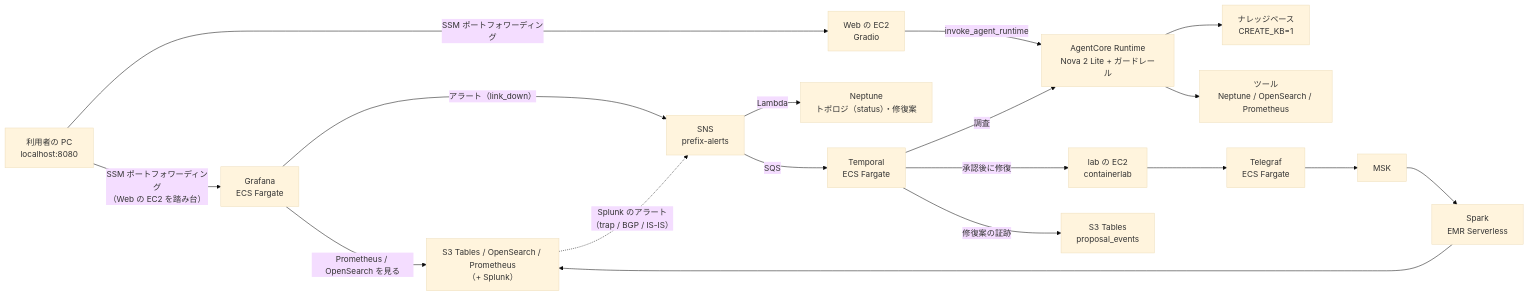
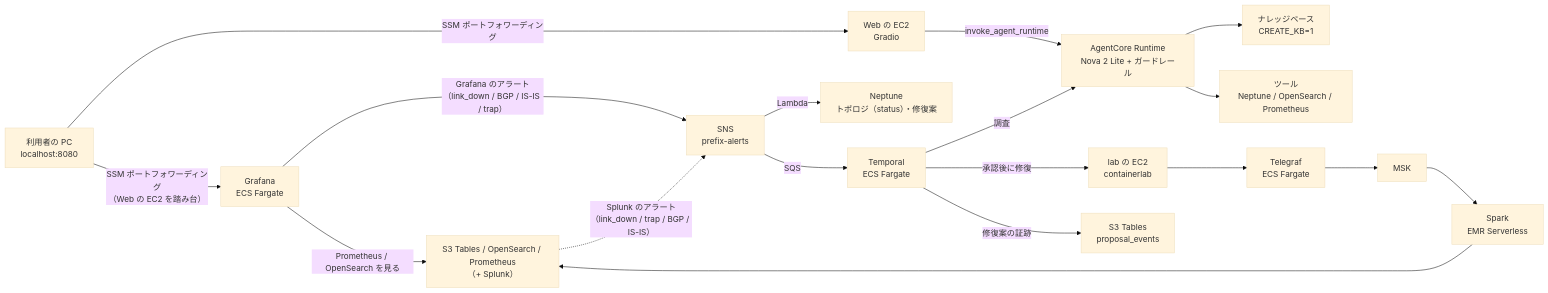
The diagram in README.md (eddie-eights/nwc-poc), drawn with Mermaid (base theme) before and after one commit. The commit also changed other lines of this file and 5 other files, not shown here.

First line of the commit message:
docs: README / deploy.md / setup.md を STORES の既定（s3,grafana,splunk）と *_AZ_NUM、いまの費用の目安に合わせる

````diff
--- a/README.md
+++ b/README.md
@@ -8,17 +8,17 @@
 ```mermaid
 flowchart LR
   PC["利用者の PC<br/>localhost:8080"] -->|"SSM ポートフォワーディング"| WEB["Web の EC2<br/>Gradio"]
   WEB -->|"invoke_agent_runtime"| RT["AgentCore Runtime<br/>Nova 2 Lite + ガードレール"]
   RT --> KB["ナレッジベース<br/>CREATE_KB=1"]
   RT --> TOOLS["ツール<br/>Neptune / OpenSearch / Prometheus"]
   LAB["lab の EC2<br/>containerlab"] --> TG["Telegraf<br/>ECS Fargate"] --> MSK["MSK"] --> SPARK["Spark<br/>EMR Serverless"]
   SPARK --> STORE["S3 Tables / OpenSearch / Prometheus<br/>（+ Splunk）"]
   PC -->|"SSM ポートフォワーディング<br/>（Web の EC2 を踏み台）"| GRAF["Grafana<br/>ECS Fargate"] -->|"Prometheus / OpenSearch を見る"| STORE
-  GRAF -->|"アラート（link_down）"| SNS["SNS<br/>prefix-alerts"]
-  STORE -.->|"Splunk のアラート<br/>（trap / BGP / IS-IS）"| SNS
+  GRAF -->|"Grafana のアラート<br/>（link_down / BGP / IS-IS / trap）"| SNS["SNS<br/>prefix-alerts"]
+  STORE -.->|"Splunk のアラート<br/>（link_down / trap / BGP / IS-IS）"| SNS
   SNS -->|"Lambda"| NEP["Neptune<br/>トポロジ（status）・修復案"]
   SNS -->|"SQS"| WF["Temporal<br/>ECS Fargate"]
   WF -->|"修復案の証跡"| PAUDIT["S3 Tables<br/>proposal_events"]
   WF -->|"調査"| RT
   WF -->|"承認後に修復"| LAB
 ```
````
